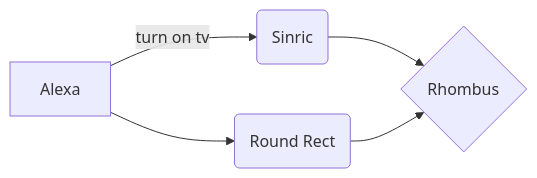
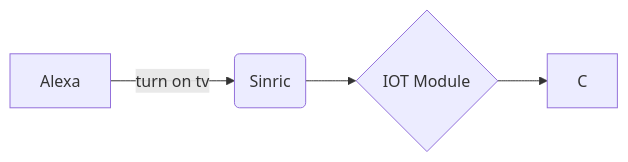
The second of 2 diagrams in Welcome file.md (kakopappa/sinric-pro-help), drawn with Mermaid before and after one commit. The commit also changed other lines of this file, not shown here.

Commit message:
Welcome file.md updated from https://stackedit.io/

````diff
--- a/Welcome file.md
+++ b/Welcome file.md
@@ -91,7 +91,6 @@
 ```mermaid
 graph LR
 A[Alexa] -- turn on tv --> B(Sinric)
-A --> C(Round Rect)
-B --> D{Rhombus}
-C --> D
+B --> D{IOT Module}
+D --> C
 ```
````
